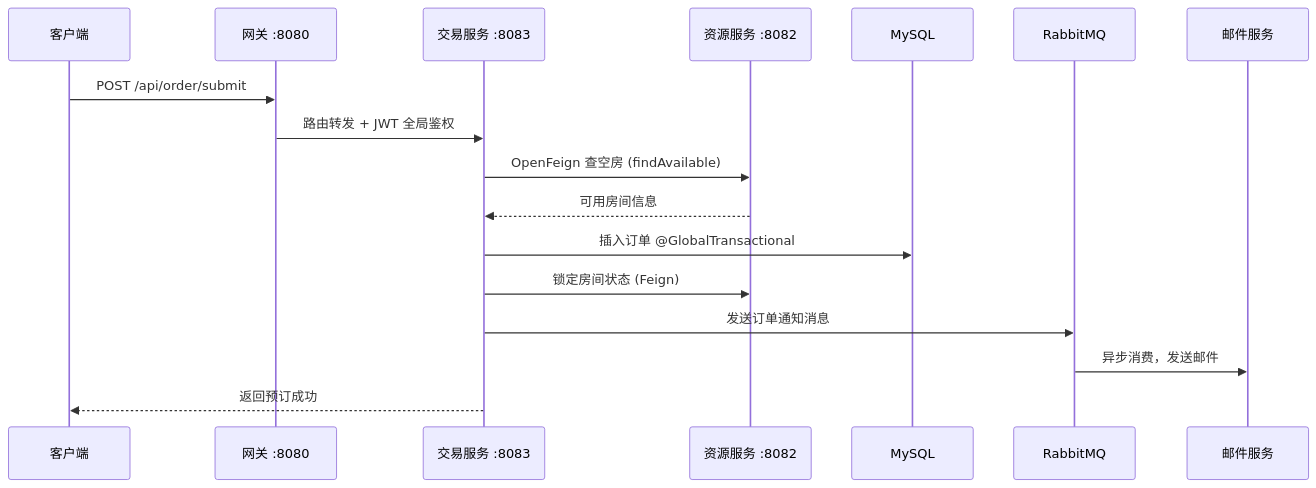
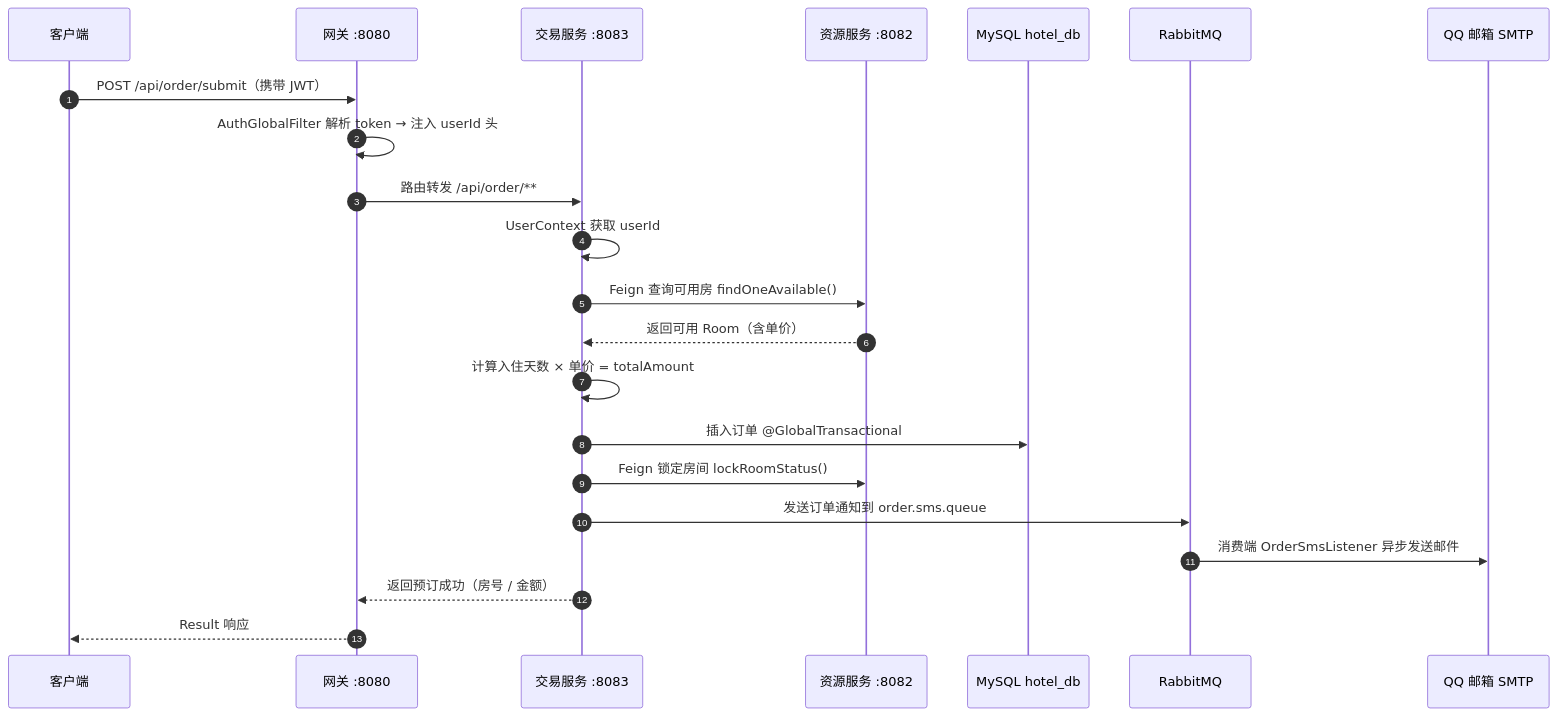
The second of 3 diagrams in README.md (Chillwinner/CloudHotel), drawn with Mermaid before and after one commit. The commit also changed other lines of this file, not shown here.

````diff
--- a/README.md
+++ b/README.md
@@ -64,20 +209,26 @@
 ```mermaid
 sequenceDiagram
+    autonumber
     participant C as 客户端
     participant GW as 网关 :8080
     participant TS as 交易服务 :8083
     participant RS as 资源服务 :8082
-    participant DB as MySQL
+    participant DB as MySQL hotel_db
     participant MQ as RabbitMQ
-    participant MAIL as 邮件服务
+    participant MAIL as QQ 邮箱 SMTP
 
-    C->>GW: POST /api/order/submit
-    GW->>TS: 路由转发 + JWT 全局鉴权
-    TS->>RS: OpenFeign 查空房 (findAvailable)
-    RS-->>TS: 可用房间信息
+    C->>GW: POST /api/order/submit（携带 JWT）
+    GW->>GW: AuthGlobalFilter 解析 token → 注入 userId 头
+    GW->>TS: 路由转发 /api/order/**
+
+    TS->>TS: UserContext 获取 userId
+    TS->>RS: Feign 查询可用房 findOneAvailable()
+    RS-->>TS: 返回可用 Room（含单价）
+    TS->>TS: 计算入住天数 × 单价 = totalAmount
     TS->>DB: 插入订单 @GlobalTransactional
-    TS->>RS: 锁定房间状态 (Feign)
-    TS->>MQ: 发送订单通知消息
-    MQ->>MAIL: 异步消费，发送邮件
-    TS-->>C: 返回预订成功
+    TS->>RS: Feign 锁定房间 lockRoomStatus()
+    TS->>MQ: 发送订单通知到 order.sms.queue
+    MQ->>MAIL: 消费端 OrderSmsListener 异步发送邮件
+    TS-->>GW: 返回预订成功（房号 / 金额）
+    GW-->>C: Result 响应
 ```
````
